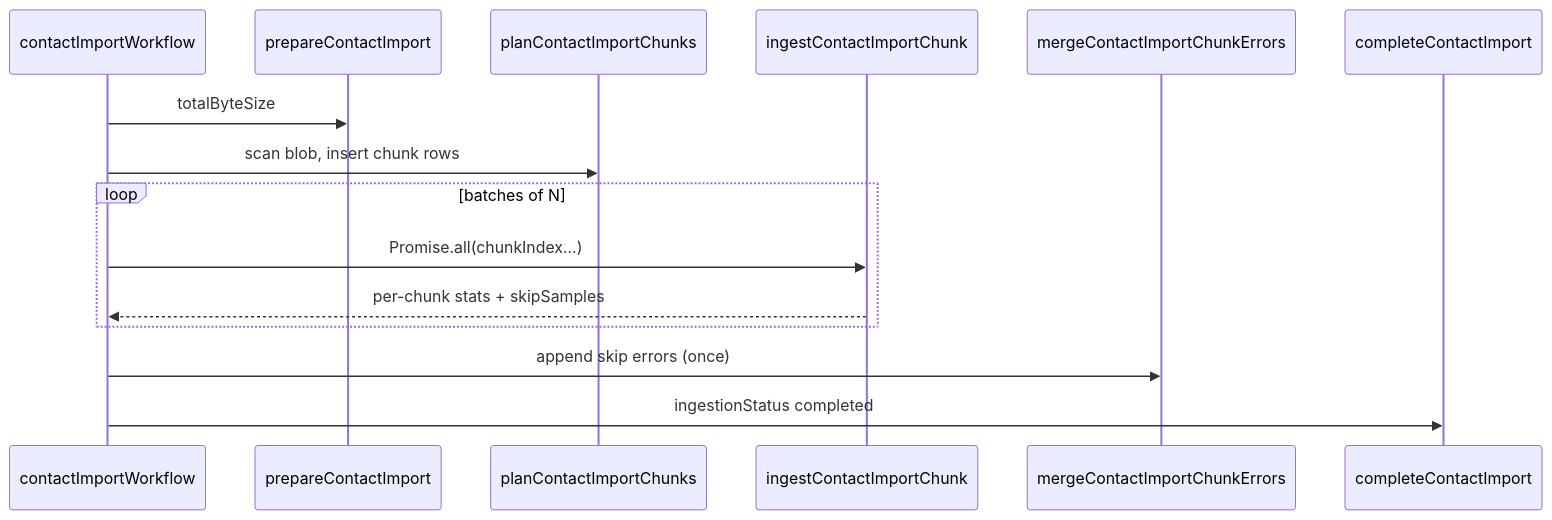
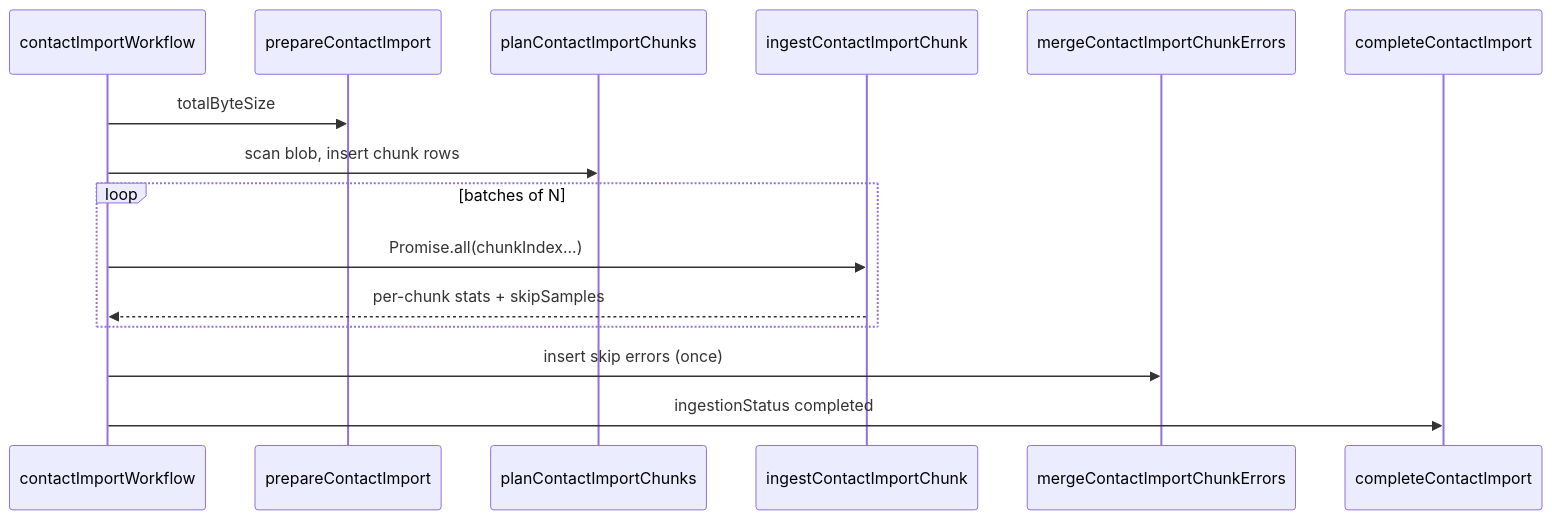
Before and after one commit to SugarDarius/tomodachi-app: the diagram in docs/contact-import-two-phase-parallel.md, drawn with Mermaid. The commit also changed other lines of this file and 5 other files, not shown here.

````diff
--- a/docs/contact-import-two-phase-parallel.md
+++ b/docs/contact-import-two-phase-parallel.md
@@ -23,18 +23,18 @@
 ```mermaid
 sequenceDiagram
   participant W as contactImportWorkflow
   participant P as prepareContactImport
   participant PL as planContactImportChunks
   participant I as ingestContactImportChunk
   participant M as mergeContactImportChunkErrors
   participant C as completeContactImport
 
   W->>P: totalByteSize
   W->>PL: scan blob, insert chunk rows
   loop batches of N
     W->>I: Promise.all(chunkIndex...)
     I-->>W: per-chunk stats + skipSamples
   end
-  W->>M: append skip errors (once)
+  W->>M: insert skip errors (once)
   W->>C: ingestionStatus completed
 ```
````
